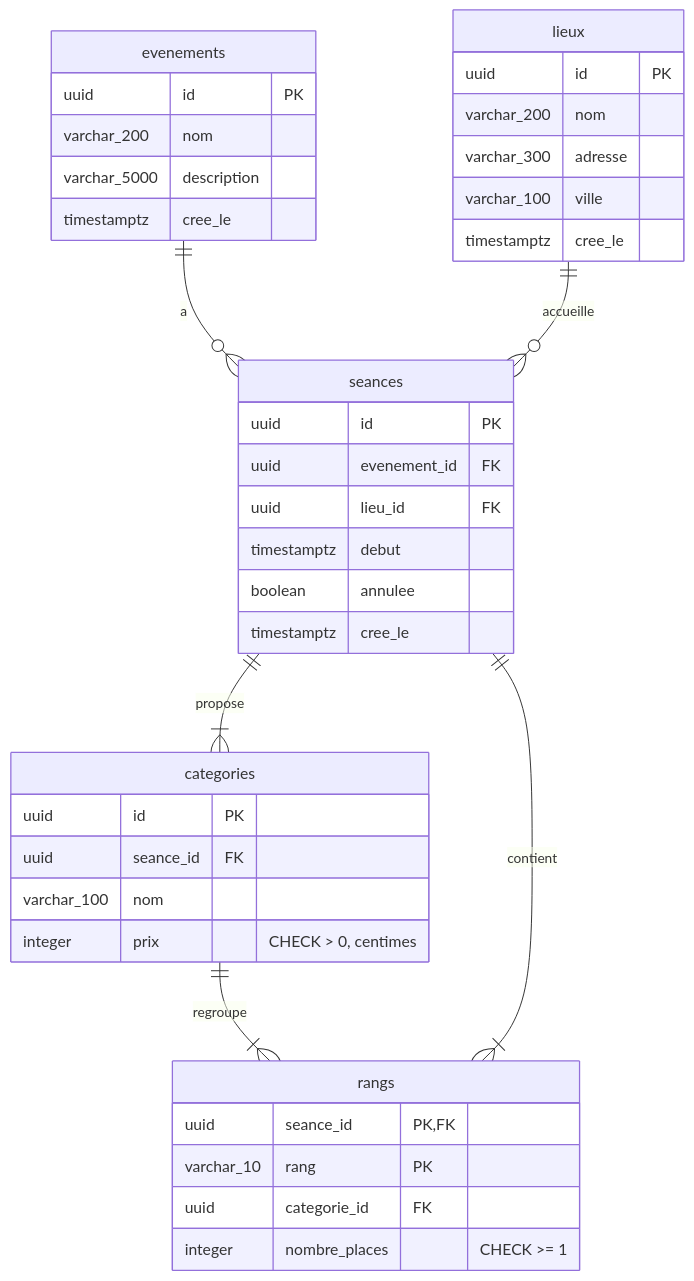
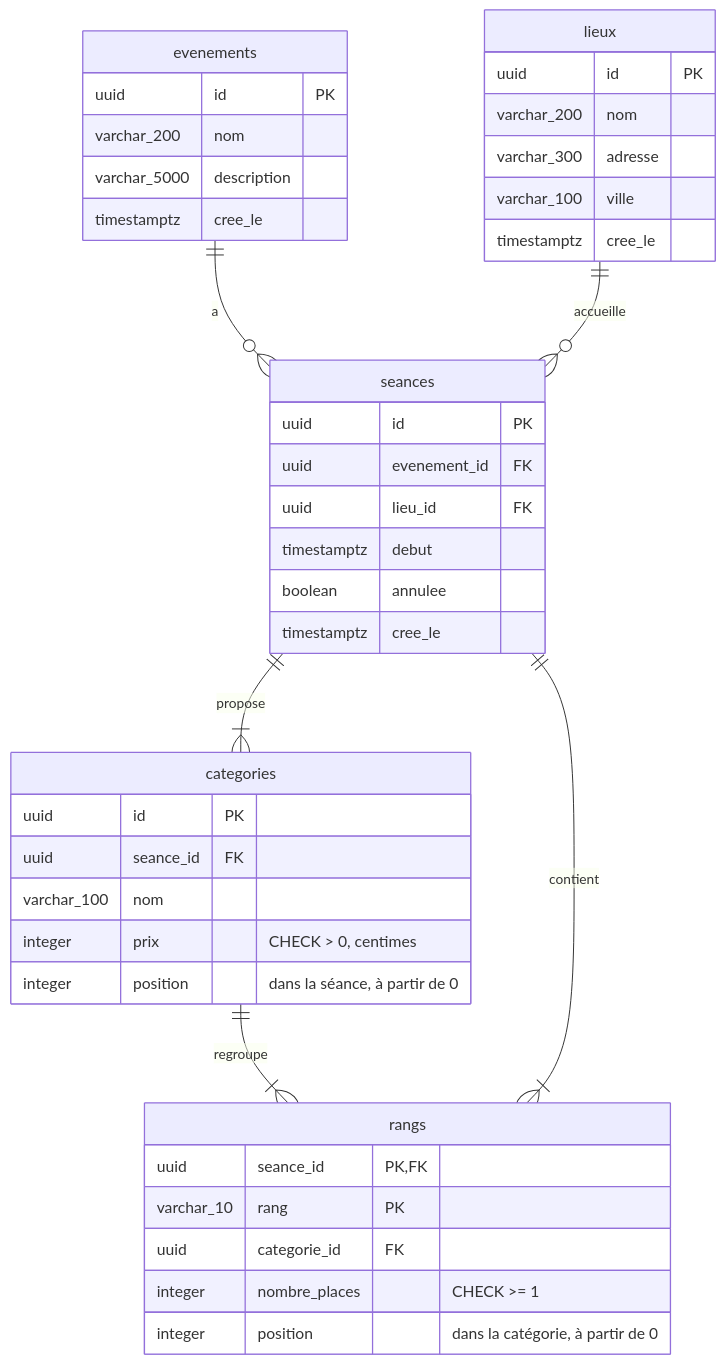
Before and after one commit to AGNE-Moussa/billetterie: the first of 5 diagrams in docs/modele-donnees.md, drawn with Mermaid. The commit also changed other lines of this file and 48 other files, not shown here.

````diff
--- a/docs/modele-donnees.md
+++ b/docs/modele-donnees.md
@@ -16,42 +16,44 @@
 ```mermaid
 erDiagram
   evenements ||--o{ seances : "a"
   lieux ||--o{ seances : "accueille"
   seances ||--|{ categories : "propose"
   categories ||--|{ rangs : "regroupe"
   seances ||--|{ rangs : "contient"
 
   evenements {
     uuid id PK
     varchar_200 nom
     varchar_5000 description
     timestamptz cree_le
   }
   lieux {
     uuid id PK
     varchar_200 nom
     varchar_300 adresse
     varchar_100 ville
     timestamptz cree_le
   }
   seances {
     uuid id PK
     uuid evenement_id FK
     uuid lieu_id FK
     timestamptz debut
     boolean annulee
     timestamptz cree_le
   }
   categories {
     uuid id PK
     uuid seance_id FK
     varchar_100 nom
     integer prix "CHECK > 0, centimes"
+    integer position "dans la séance, à partir de 0"
   }
   rangs {
     uuid seance_id PK, FK
     varchar_10 rang PK
     uuid categorie_id FK
     integer nombre_places "CHECK >= 1"
+    integer position "dans la catégorie, à partir de 0"
   }
 ```
````
